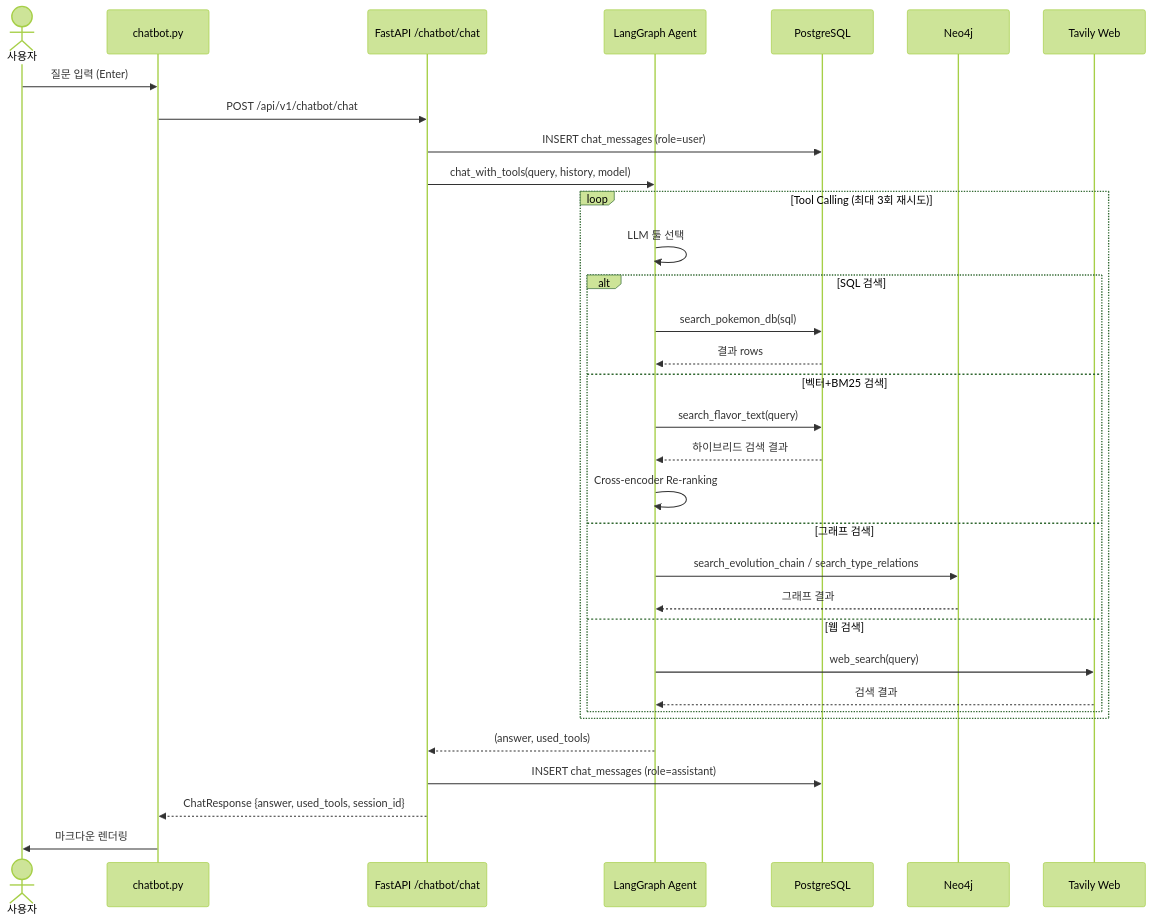
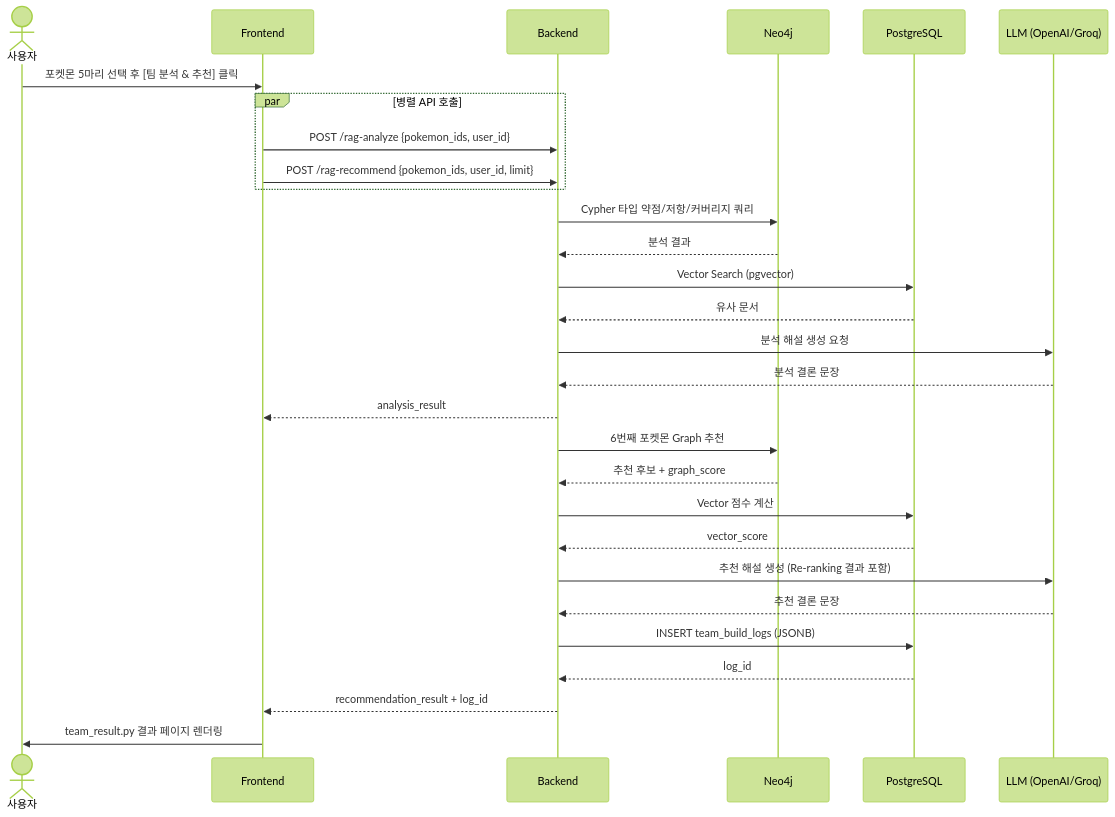
One commit to SKNETWORKS-FAMILY-AICAMP/SKN27-3rd-3TEAM changed the seventh of 10 diagrams in README.md. Above: the diagram before and after it, drawn with Mermaid (forest theme). The commit also changed other lines of this file and 1 other file, not shown here.

````diff
--- a/README.md
+++ b/README.md
@@ -367,38 +411,35 @@
 ```mermaid
 sequenceDiagram
     actor User as 사용자
-    participant FE as chatbot.py
-    participant BE as FastAPI /chatbot/chat
-    participant AG as LangGraph Agent
+    participant FE as Frontend
+    participant BE as Backend
+    participant Neo as Neo4j
     participant PG as PostgreSQL
-    participant N4J as Neo4j
-    participant TV as Tavily Web
+    participant LLM as LLM (OpenAI/Groq)
 
-    User->>FE: 질문 입력 (Enter)
-    FE->>BE: POST /api/v1/chatbot/chat
-    BE->>PG: INSERT chat_messages (role=user)
-    BE->>AG: chat_with_tools(query, history, model)
-
-    loop Tool Calling (최대 3회 재시도)
-        AG->>AG: LLM 툴 선택
-        alt SQL 검색
-            AG->>PG: search_pokemon_db(sql)
-            PG-->>AG: 결과 rows
-        else 벡터+BM25 검색
-            AG->>PG: search_flavor_text(query)
-            PG-->>AG: 하이브리드 검색 결과
-            AG->>AG: Cross-encoder Re-ranking
-        else 그래프 검색
-            AG->>N4J: search_evolution_chain / search_type_relations
-            N4J-->>AG: 그래프 결과
-        else 웹 검색
-            AG->>TV: web_search(query)
-            TV-->>AG: 검색 결과
-        end
+    User->>FE: 포켓몬 5마리 선택 후 [팀 분석 & 추천] 클릭
+    par 병렬 API 호출
+        FE->>BE: POST /rag-analyze {pokemon_ids, user_id}
+        FE->>BE: POST /rag-recommend {pokemon_ids, user_id, limit}
     end
 
-    AG-->>BE: (answer, used_tools)
-    BE->>PG: INSERT chat_messages (role=assistant)
-    BE-->>FE: ChatResponse {answer, used_tools, session_id}
-    FE->>User: 마크다운 렌더링
+    BE->>Neo: Cypher 타입 약점/저항/커버리지 쿼리
+    Neo-->>BE: 분석 결과
+    BE->>PG: Vector Search (pgvector)
+    PG-->>BE: 유사 문서
+    BE->>LLM: 분석 해설 생성 요청
+    LLM-->>BE: 분석 결론 문장
+    BE-->>FE: analysis_result
+
+    BE->>Neo: 6번째 포켓몬 Graph 추천
+    Neo-->>BE: 추천 후보 + graph_score
+    BE->>PG: Vector 점수 계산
+    PG-->>BE: vector_score
+    BE->>LLM: 추천 해설 생성 (Re-ranking 결과 포함)
+    LLM-->>BE: 추천 결론 문장
+    BE->>PG: INSERT team_build_logs (JSONB)
+    PG-->>BE: log_id
+    BE-->>FE: recommendation_result + log_id
+
+    FE->>User: team_result.py 결과 페이지 렌더링
 ```
````
